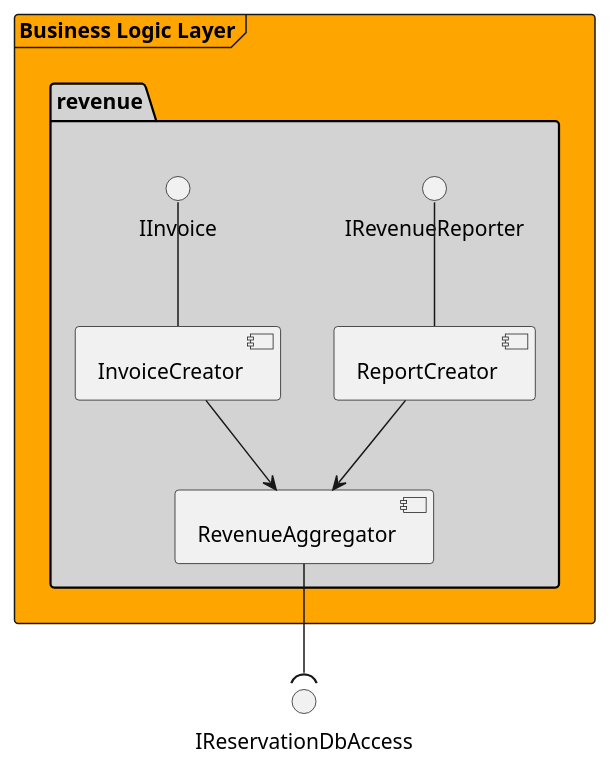
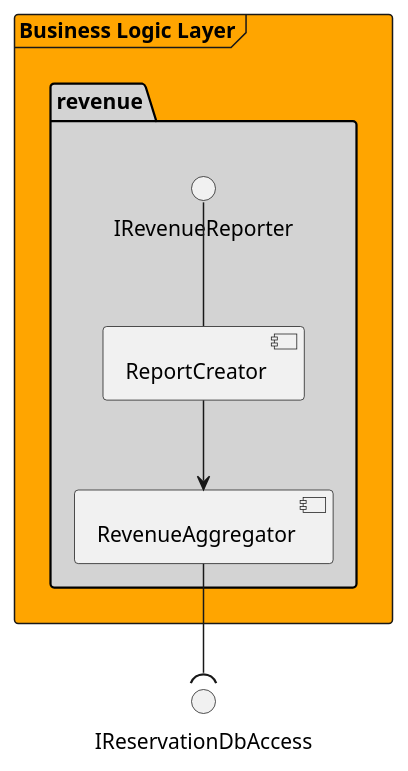
Before and after one commit to BBKbeam/mtRooms: the diagram in docs/uml/architecture/revenue.puml, drawn with PlantUML. The commit also changed 10 other files, not shown here.

```diff
--- a/docs/uml/architecture/revenue.puml
+++ b/docs/uml/architecture/revenue.puml
@@ -1,25 +1,23 @@
 @startuml
 
 'skinparam linetype ortho
 skinparam linetype polyline
 'skinparam monochrome true
 
 skinparam package {
     backgroundColor lightgrey
 }
 
 frame "Business Logic Layer" #orange {
     package "revenue" {
             IRevenueReporter -- [ReportCreator]
-            IInvoice -- [InvoiceCreator]
             [RevenueAggregator]
 
             ReportCreator --> RevenueAggregator
-            InvoiceCreator --> RevenueAggregator
 
     }
 }
 
 RevenueAggregator --( IReservationDbAccess
 
 @enduml
```
